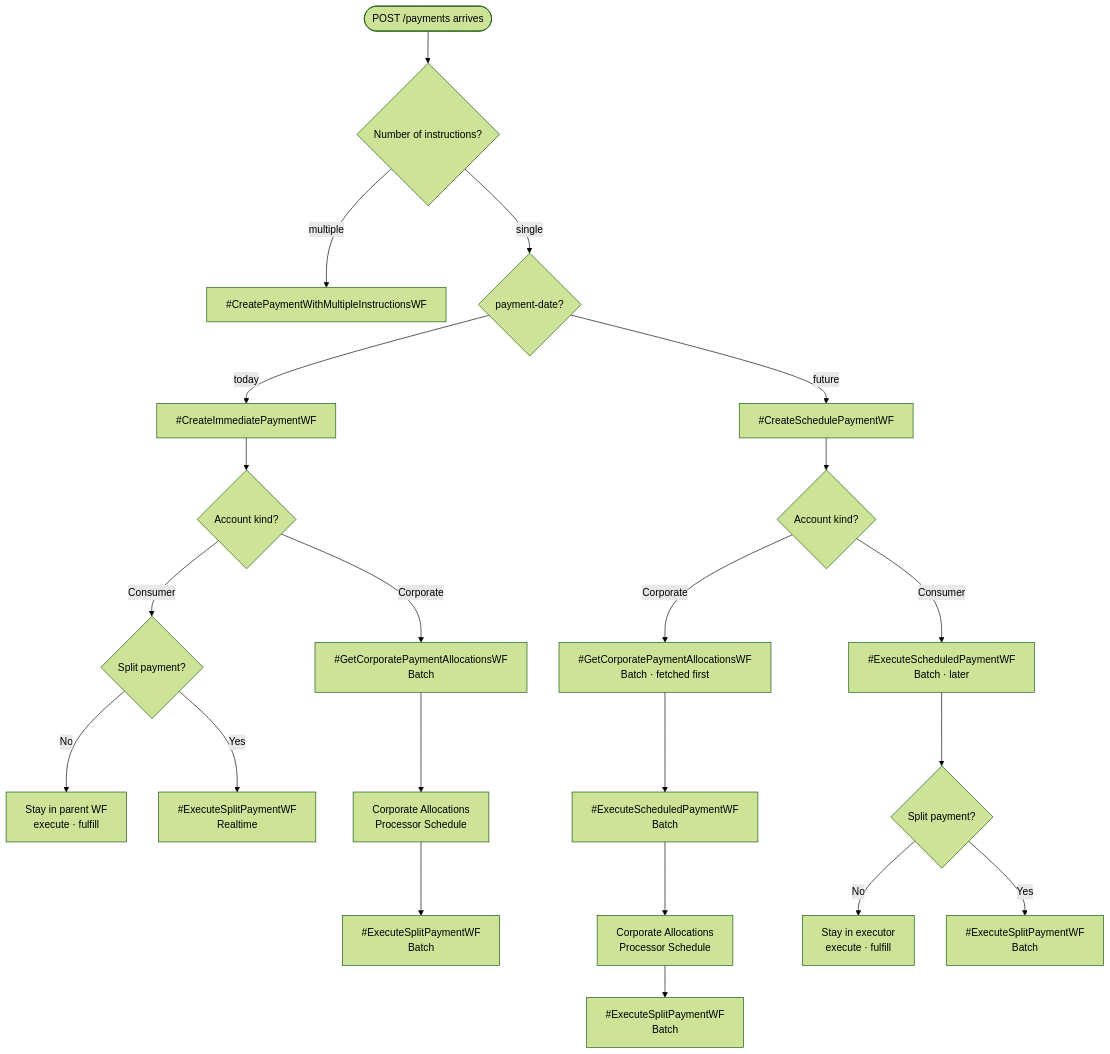
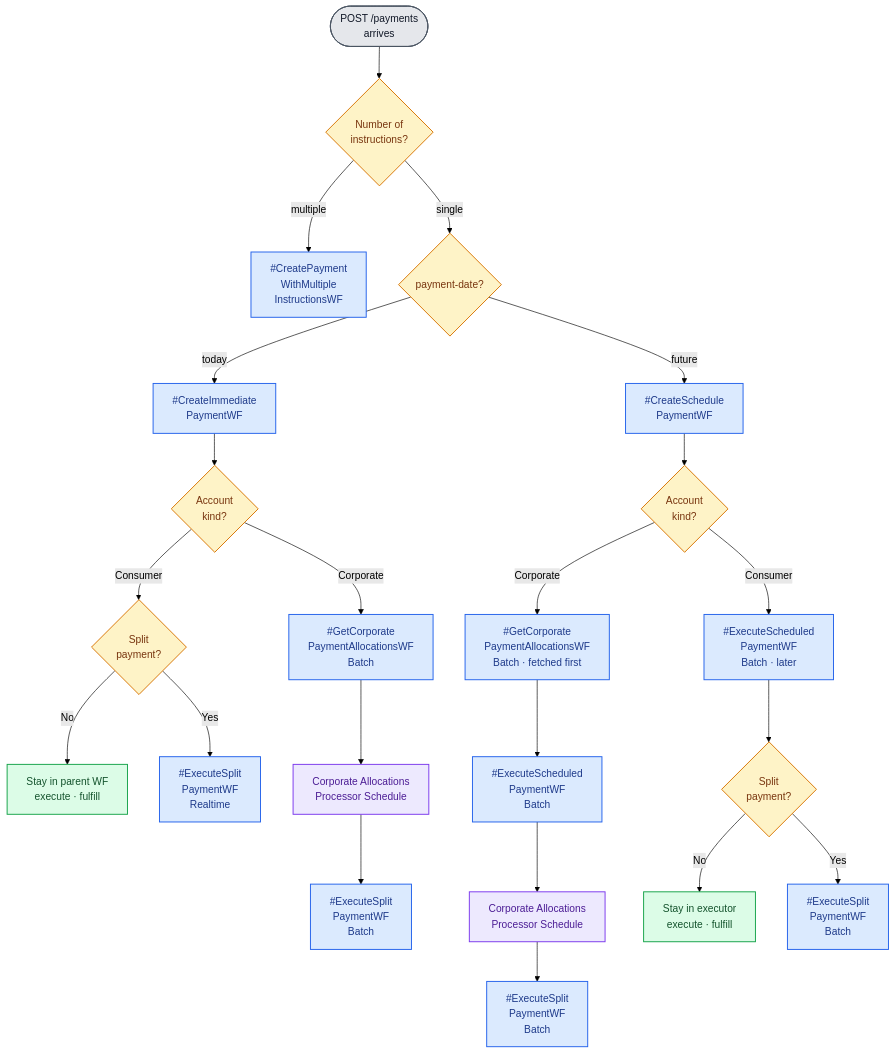
The second of 2 diagrams in docs/design/journeys/apis.md (arunav-bhattacharya/billpay-docs), drawn with Mermaid (forest theme) before and after one commit. The commit also changed other lines of this file and 28 other files, not shown here.

````diff
--- a/docs/design/journeys/apis.md
+++ b/docs/design/journeys/apis.md
@@ -40,30 +40,42 @@
 ```mermaid
 flowchart TB
-  start(["POST /payments arrives"]) --> instr{"Number of instructions?"}
-  instr -->|multiple| MULTI["#CreatePaymentWithMultipleInstructionsWF"]
-  instr -->|single| date{"payment-date?"}
+  start(["POST /payments<br/>arrives"]) --> instr{"Number of<br/>instructions?"}
+  instr -- multiple --> MULTI["#CreatePayment<br/>WithMultiple<br/>InstructionsWF"]
+  instr -- single --> date{"payment-date?"}
 
-  date -->|today| imm["#CreateImmediatePaymentWF"]
-  date -->|future| sched["#CreateSchedulePaymentWF"]
+  date -- today --> imm["#CreateImmediate<br/>PaymentWF"]
+  date -- future --> sched["#CreateSchedule<br/>PaymentWF"]
 
   %% Immediate branch
-  imm --> kind{"Account kind?"}
-  kind -->|Consumer| splitQ1{"Split payment?"}
-  splitQ1 -->|No| done1["Stay in parent WF<br/>execute · fulfill"]
-  splitQ1 -->|Yes| ESP1["#ExecuteSplitPaymentWF<br/>Realtime"]
-  kind -->|Corporate| GPA1["#GetCorporatePaymentAllocationsWF<br/>Batch"]
+  imm --> kind{"Account<br/>kind?"}
+  kind -- Consumer --> splitQ1{"Split<br/>payment?"}
+  splitQ1 -- No --> done1["Stay in parent WF<br/>execute · fulfill"]
+  splitQ1 -- Yes --> ESP1["#ExecuteSplit<br/>PaymentWF<br/>Realtime"]
+  kind -- Corporate --> GPA1["#GetCorporate<br/>PaymentAllocationsWF<br/>Batch"]
   GPA1 --> CAPS1["Corporate Allocations<br/>Processor Schedule"]
-  CAPS1 --> ESP2["#ExecuteSplitPaymentWF<br/>Batch"]
+  CAPS1 --> ESP2["#ExecuteSplit<br/>PaymentWF<br/>Batch"]
 
   %% Scheduled branch
-  sched --> kind2{"Account kind?"}
-  kind2 -->|Corporate| GPA2["#GetCorporatePaymentAllocationsWF<br/>Batch · fetched first"]
-  GPA2 --> EXEC2["#ExecuteScheduledPaymentWF<br/>Batch"]
+  sched --> kind2{"Account<br/>kind?"}
+  kind2 -- Corporate --> GPA2["#GetCorporate<br/>PaymentAllocationsWF<br/>Batch · fetched first"]
+  GPA2 --> EXEC2["#ExecuteScheduled<br/>PaymentWF<br/>Batch"]
   EXEC2 --> CAPS2["Corporate Allocations<br/>Processor Schedule"]
-  CAPS2 --> ESP4["#ExecuteSplitPaymentWF<br/>Batch"]
+  CAPS2 --> ESP4["#ExecuteSplit<br/>PaymentWF<br/>Batch"]
 
-  kind2 -->|Consumer| EXEC["#ExecuteScheduledPaymentWF<br/>Batch · later"]
-  EXEC --> splitQ2{"Split payment?"}
-  splitQ2 -->|No| done2["Stay in executor<br/>execute · fulfill"]
-  splitQ2 -->|Yes| ESP3["#ExecuteSplitPaymentWF<br/>Batch"]
+  kind2 -- Consumer --> EXEC["#ExecuteScheduled<br/>PaymentWF<br/>Batch · later"]
+  EXEC --> splitQ2{"Split<br/>payment?"}
+  splitQ2 -- No --> done2["Stay in executor<br/>execute · fulfill"]
+  splitQ2 -- Yes --> ESP3["#ExecuteSplit<br/>PaymentWF<br/>Batch"]
+
+  classDef decision fill:#fef3c7,stroke:#d97706,stroke-width:1.5px,color:#78350f;
+  classDef workflow fill:#dbeafe,stroke:#2563eb,stroke-width:1.5px,color:#1e3a8a;
+  classDef schedule fill:#ede9fe,stroke:#7c3aed,stroke-width:1.5px,color:#4c1d95;
+  classDef terminal fill:#dcfce7,stroke:#16a34a,stroke-width:1.5px,color:#14532d;
+  classDef entry fill:#e5e7eb,stroke:#4b5563,stroke-width:1.5px,color:#111827;
+
+  class start entry;
+  class instr,date,kind,kind2,splitQ1,splitQ2 decision;
+  class MULTI,imm,sched,ESP1,ESP2,ESP3,ESP4,GPA1,GPA2,EXEC,EXEC2 workflow;
+  class CAPS1,CAPS2 schedule;
+  class done1,done2 terminal;
 ```
````
